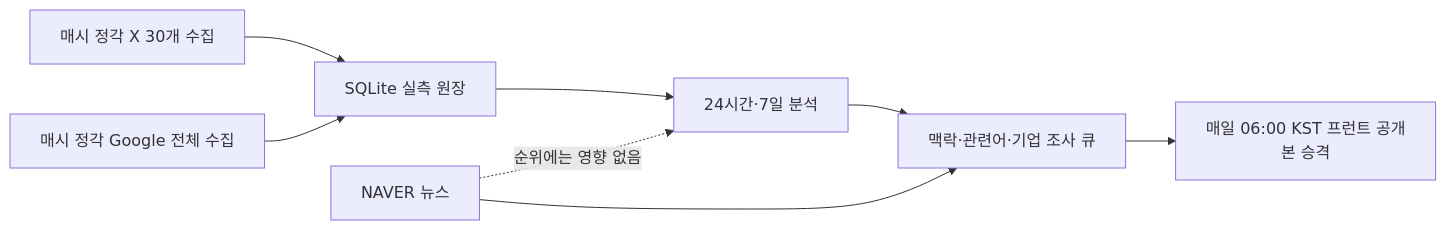
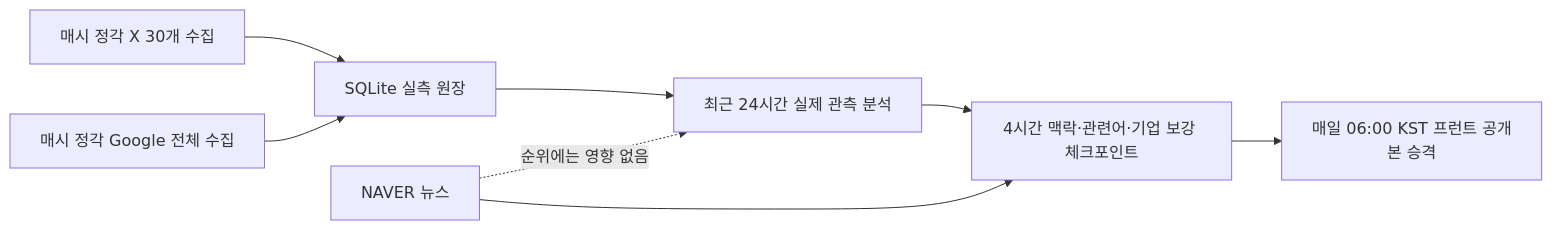
The diagram in docs/PRODUCT_AND_DATA_FLOW.md (jyy7294/noinbada), drawn with Mermaid before and after one commit. The commit also changed other lines of this file and 49 other files, not shown here.

````diff
--- a/docs/PRODUCT_AND_DATA_FLOW.md
+++ b/docs/PRODUCT_AND_DATA_FLOW.md
@@ -9,10 +9,10 @@
 ```mermaid
 flowchart LR
     A["매시 정각 X 30개 수집"] --> C["SQLite 실측 원장"]
     B["매시 정각 Google 전체 수집"] --> C
-    C --> D["24시간·7일 분석"]
-    D --> E["맥락·관련어·기업 조사 큐"]
+    C --> D["최근 24시간 실제 관측 분석"]
+    D --> E["4시간 맥락·관련어·기업 보강 체크포인트"]
     E --> F["매일 06:00 KST 프런트 공개본 승격"]
     G["NAVER 뉴스"] --> E
     G -. "순위에는 영향 없음" .-> D
 ```
````
